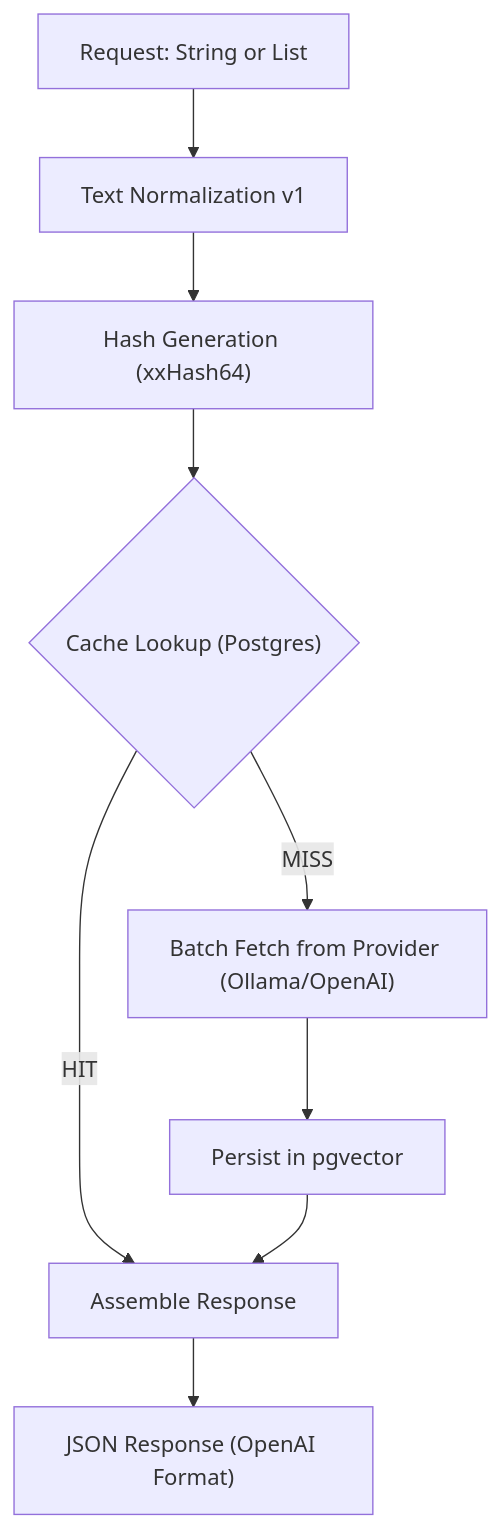
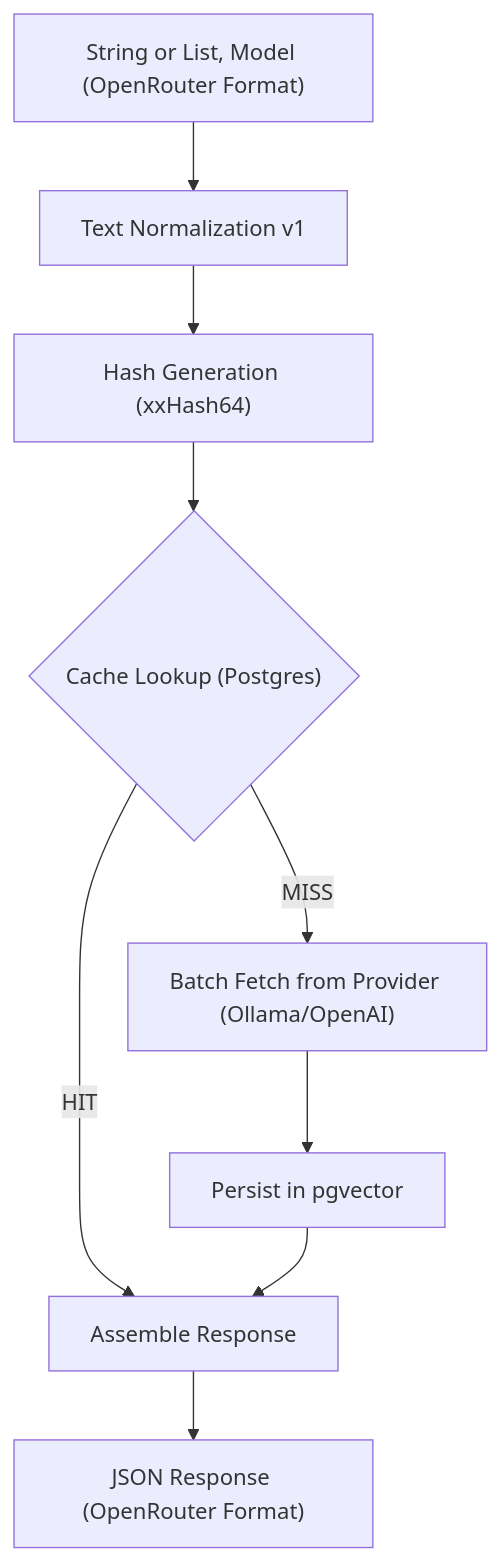
One commit to LA-Referencia-IOI/lareferencia-embedding-service changed the diagram in README.md. Above: the diagram before and after it, drawn with Mermaid. The commit also changed 5 other files, not shown here.

````diff
--- a/README.md
+++ b/README.md
@@ -43,13 +43,13 @@
 ```mermaid
 flowchart TD
-    A[Request: String or List] --> B[Text Normalization v1]
+    A["String or List, Model (OpenRouter Format)"] --> B[Text Normalization v1]
     B --> C["Hash Generation (xxHash64)"]
     C --> D{"Cache Lookup (Postgres)"}
 
     D -->|HIT| E[Assemble Response]
     D -->|MISS| F["Batch Fetch from Provider (Ollama/OpenAI)"]
 
     F --> G[Persist in pgvector]
     G --> E
-    E --> H["JSON Response (OpenAI Format)"]
+    E --> H["JSON Response (OpenRouter Format)"]
 ```
````
